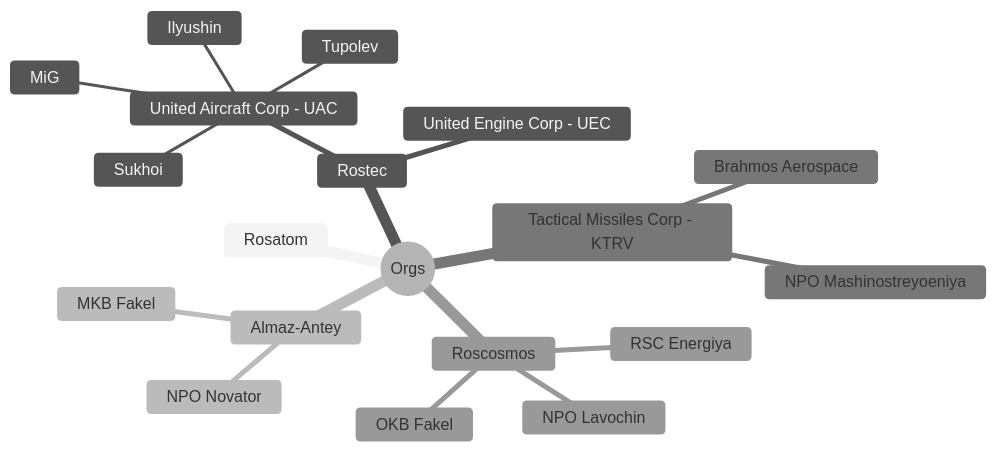
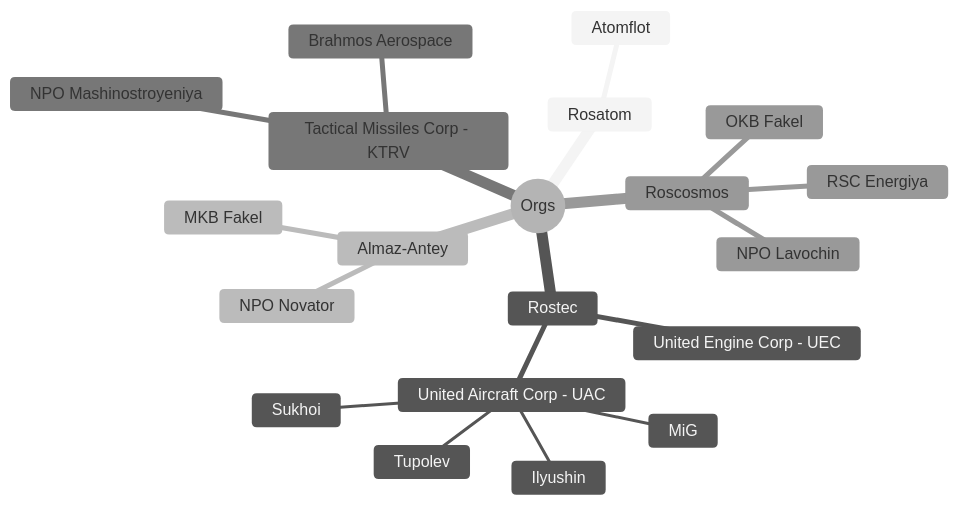
Before and after one commit to gcm256/geometry: the diagram in A2M2.md, drawn with Mermaid (neutral theme). The commit also changed other lines of this file, not shown here.

````diff
--- a/A2M2.md
+++ b/A2M2.md
@@ -3,22 +3,23 @@
 ```mermaid
 mindmap
   root((Orgs))
     Rosatom
+      Atomflot
     Rostec
       United Engine Corp - UEC
       United Aircraft Corp - UAC
         Sukhoi
         MiG
         Tupolev
         Ilyushin
     Almaz-Antey
       MKB Fakel
       NPO Novator
     Tactical Missiles Corp - KTRV
       Brahmos Aerospace
-      NPO Mashinostreyoeniya
+      NPO Mashinostroyeniya
     Roscosmos
       OKB Fakel
       NPO Lavochin
       RSC Energiya
 ```
````
